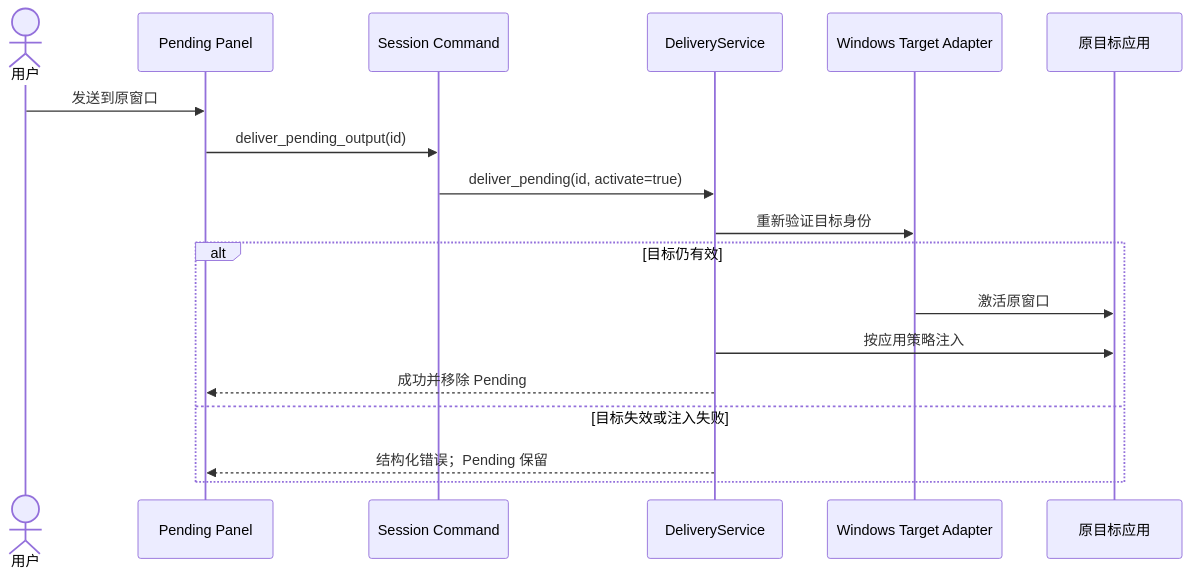
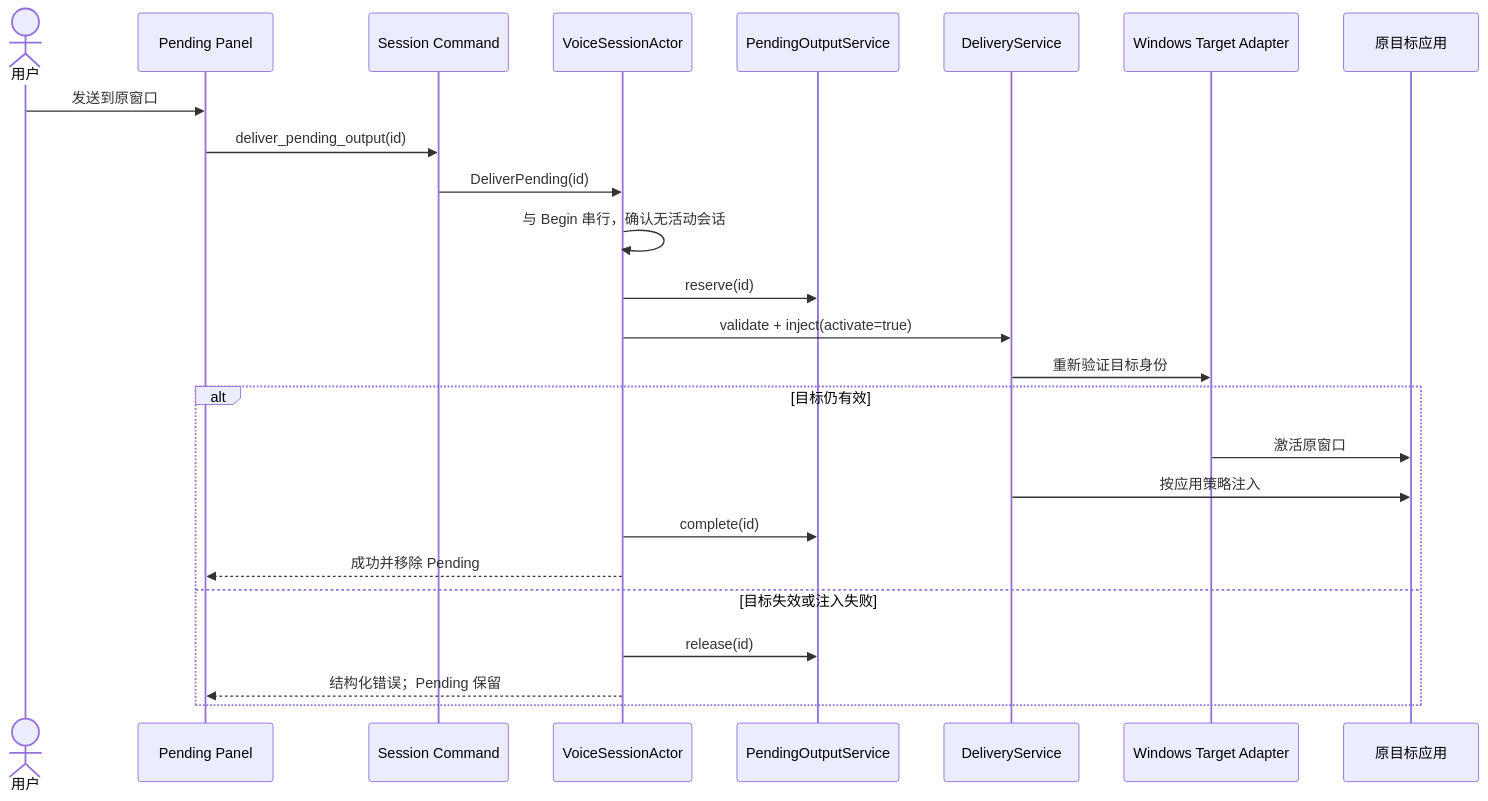
One commit to zhongwater123/Zephyr changed the third of 6 diagrams in docs/architecture/runtime-views.md. Above: the diagram before and after it, drawn with Mermaid. The commit also changed other lines of this file and 32 other files, not shown here.

````diff
--- a/docs/architecture/runtime-views.md
+++ b/docs/architecture/runtime-views.md
@@ -106,21 +117,28 @@
 ```mermaid
 sequenceDiagram
     actor User as 用户
     participant UI as Pending Panel
     participant CMD as Session Command
+    participant ACT as VoiceSessionActor
+    participant PEND as PendingOutputService
     participant DEL as DeliveryService
     participant WIN as Windows Target Adapter
     participant APP as 原目标应用
 
     User->>UI: 发送到原窗口
     UI->>CMD: deliver_pending_output(id)
-    CMD->>DEL: deliver_pending(id, activate=true)
+    CMD->>ACT: DeliverPending(id)
+    ACT->>ACT: 与 Begin 串行，确认无活动会话
+    ACT->>PEND: reserve(id)
+    ACT->>DEL: validate + inject(activate=true)
     DEL->>WIN: 重新验证目标身份
     alt 目标仍有效
         WIN->>APP: 激活原窗口
         DEL->>APP: 按应用策略注入
-        DEL-->>UI: 成功并移除 Pending
+        ACT->>PEND: complete(id)
+        ACT-->>UI: 成功并移除 Pending
     else 目标失效或注入失败
-        DEL-->>UI: 结构化错误；Pending 保留
+        ACT->>PEND: release(id)
+        ACT-->>UI: 结构化错误；Pending 保留
     end
 ```
````
